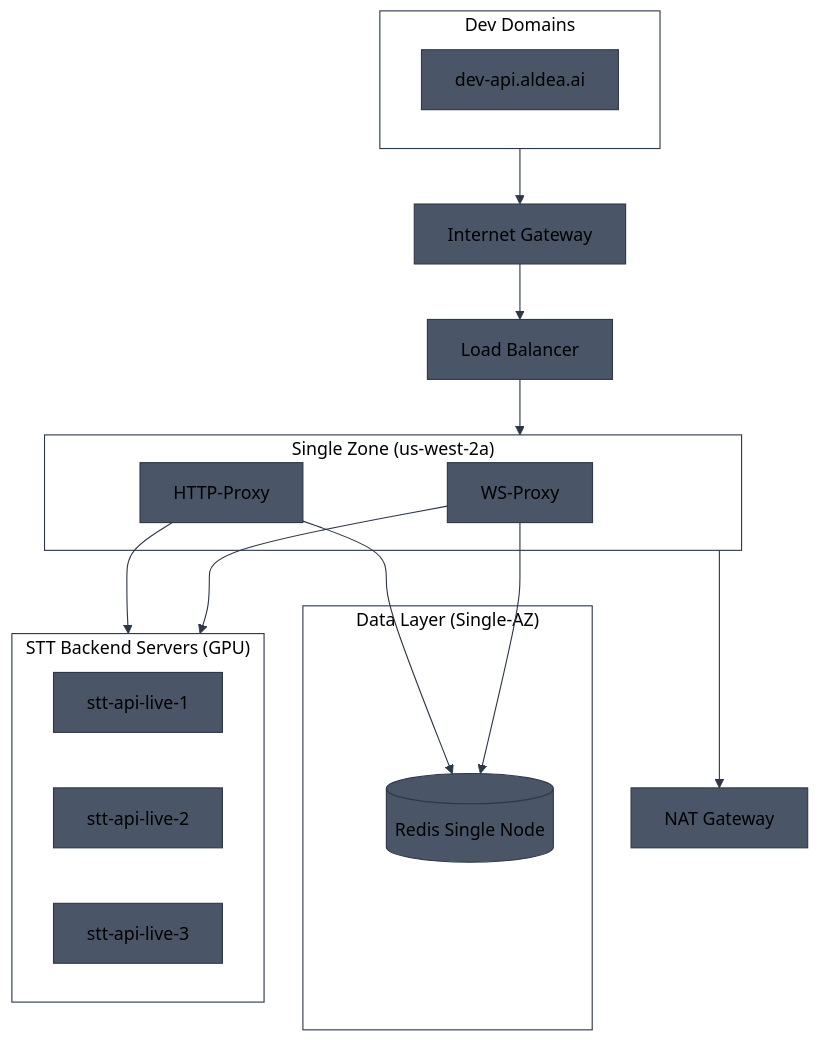
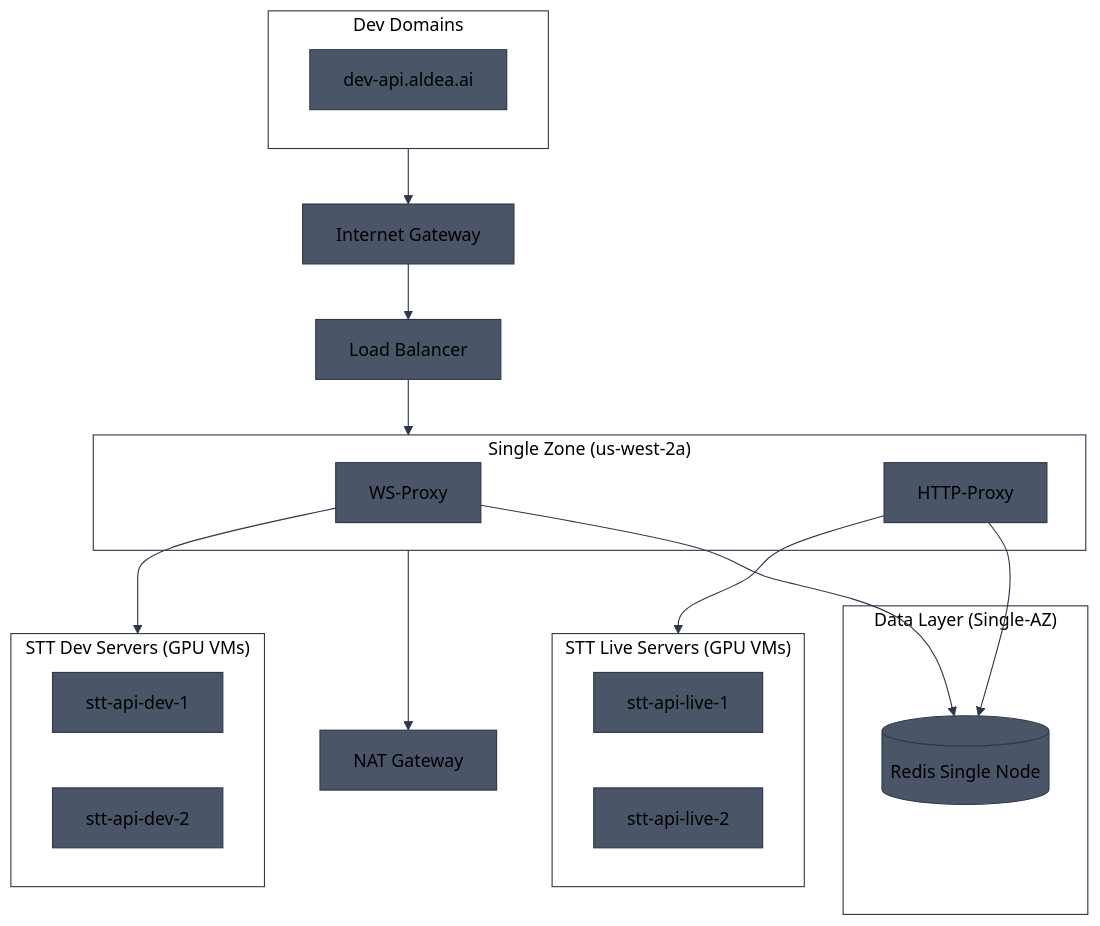
One commit to aldea-ai/infrastructure-docs changed the seventh of 8 diagrams in diagrams/ecs-architecture.md. Above: the diagram before and after it, drawn with Mermaid. The commit also changed other lines of this file, not shown here.

Commit message:
Show separate STT backend server routing for HTTP vs WebSocket proxies

````diff
--- a/diagrams/ecs-architecture.md
+++ b/diagrams/ecs-architecture.md
@@ -257,31 +267,36 @@
 ```mermaid
 %%{init: {'theme': 'base', 'themeVariables': { 'primaryColor': '#4a5568', 'primaryTextColor': '#000', 'primaryBorderColor': '#2d3748', 'lineColor': '#2d3748', 'secondaryColor': '#5a6577', 'tertiaryColor': '#6b7280', 'clusterBkg': 'transparent', 'clusterBorder': '#2d3748', 'titleColor': '#000'}}}%%
 flowchart TB
     subgraph Domains["Dev Domains"]
         D1[dev-api.aldea.ai]
     end
 
     IGW[Internet Gateway]
     ALB[Load Balancer]
     NAT[NAT Gateway]
 
     subgraph AZ_A["Single Zone (us-west-2a)"]
         WS[WS-Proxy]
         HTTP[HTTP-Proxy]
     end
 
     subgraph Data["Data Layer (Single-AZ)"]
         REDIS[(Redis Single Node)]
     end
 
-    subgraph STT["STT Backend Servers (GPU)"]
-        STT1[stt-api-live-1]
-        STT2[stt-api-live-2]
-        STT3[stt-api-live-3]
+    subgraph STT_Live["STT Live Servers (GPU VMs)"]
+        LIVE1[stt-api-live-1]
+        LIVE2[stt-api-live-2]
+    end
+
+    subgraph STT_Dev["STT Dev Servers (GPU VMs)"]
+        DEV1[stt-api-dev-1]
+        DEV2[stt-api-dev-2]
     end
 
     Domains --> IGW --> ALB --> AZ_A
     AZ_A --> NAT
     WS & HTTP --> REDIS
-    WS & HTTP --> STT
+    HTTP --> STT_Live
+    WS --> STT_Dev
 ```
````
